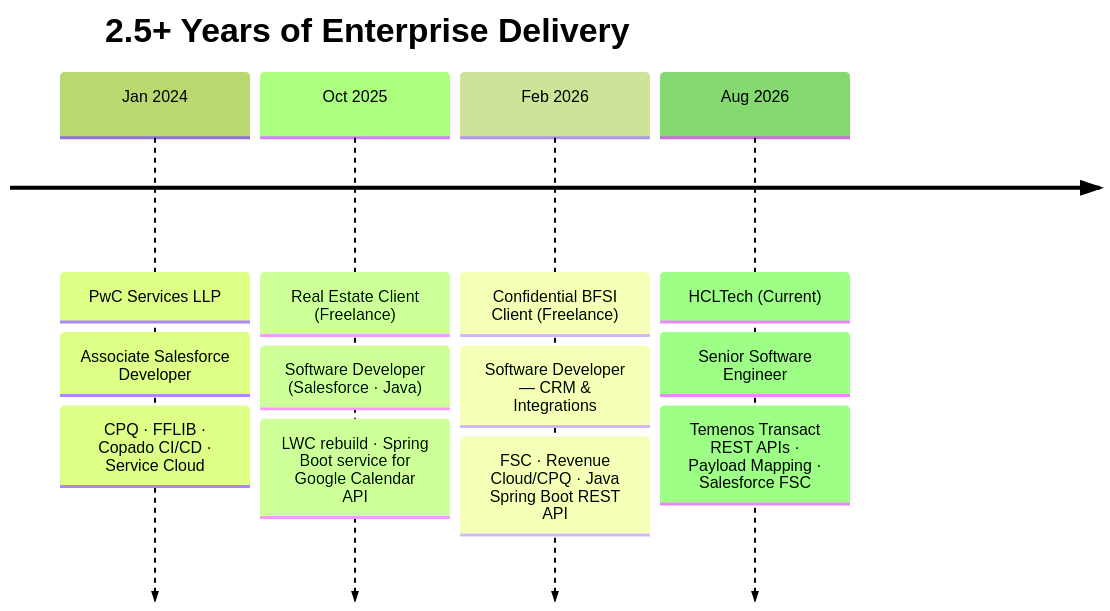
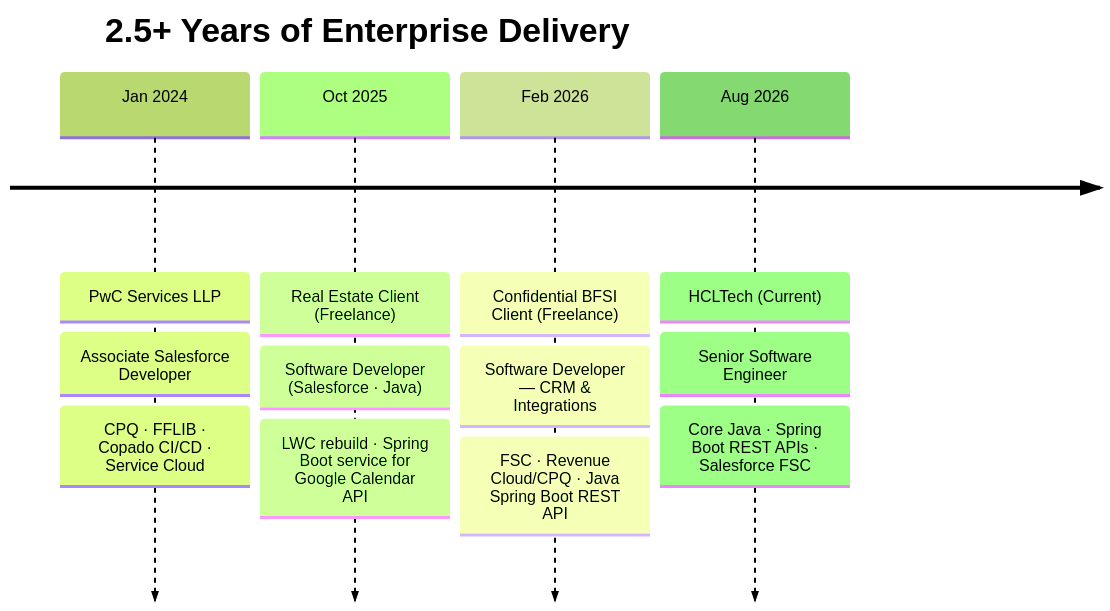
The first of 2 diagrams in README.md (aditya17-09/aditya17-09), drawn with Mermaid (forest theme) before and after one commit. The commit also changed other lines of this file, not shown here.

````diff
--- a/README.md
+++ b/README.md
@@ -100,16 +111,16 @@
 ```mermaid
 timeline
     title 2.5+ Years of Enterprise Delivery
     Jan 2024 : PwC Services LLP
              : Associate Salesforce Developer
              : CPQ · FFLIB · Copado CI/CD · Service Cloud
     Oct 2025 : Real Estate Client (Freelance)
              : Software Developer (Salesforce · Java)
              : LWC rebuild · Spring Boot service for Google Calendar API
     Feb 2026 : Confidential BFSI Client (Freelance)
              : Software Developer — CRM & Integrations
              : FSC · Revenue Cloud/CPQ · Java Spring Boot REST API
     Aug 2026 : HCLTech (Current)
              : Senior Software Engineer
-             : Temenos Transact REST APIs · Payload Mapping · Salesforce FSC
+             : Core Java · Spring Boot REST APIs · Salesforce FSC
 ```
````
